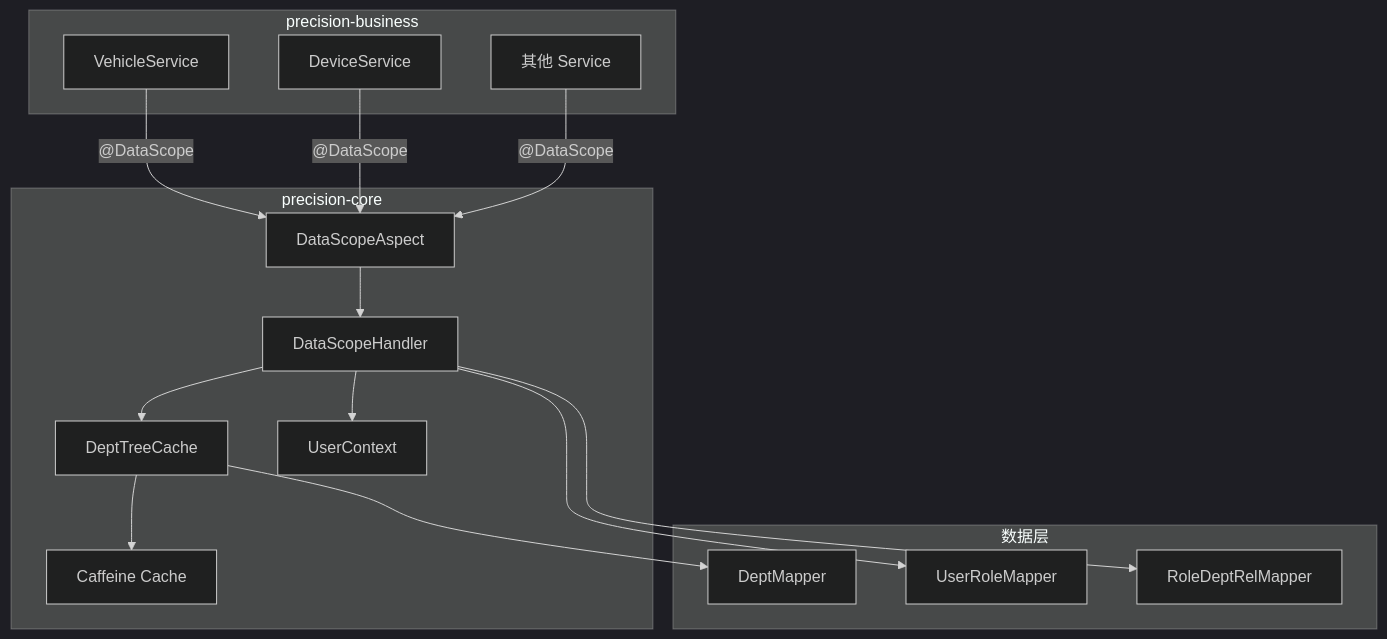
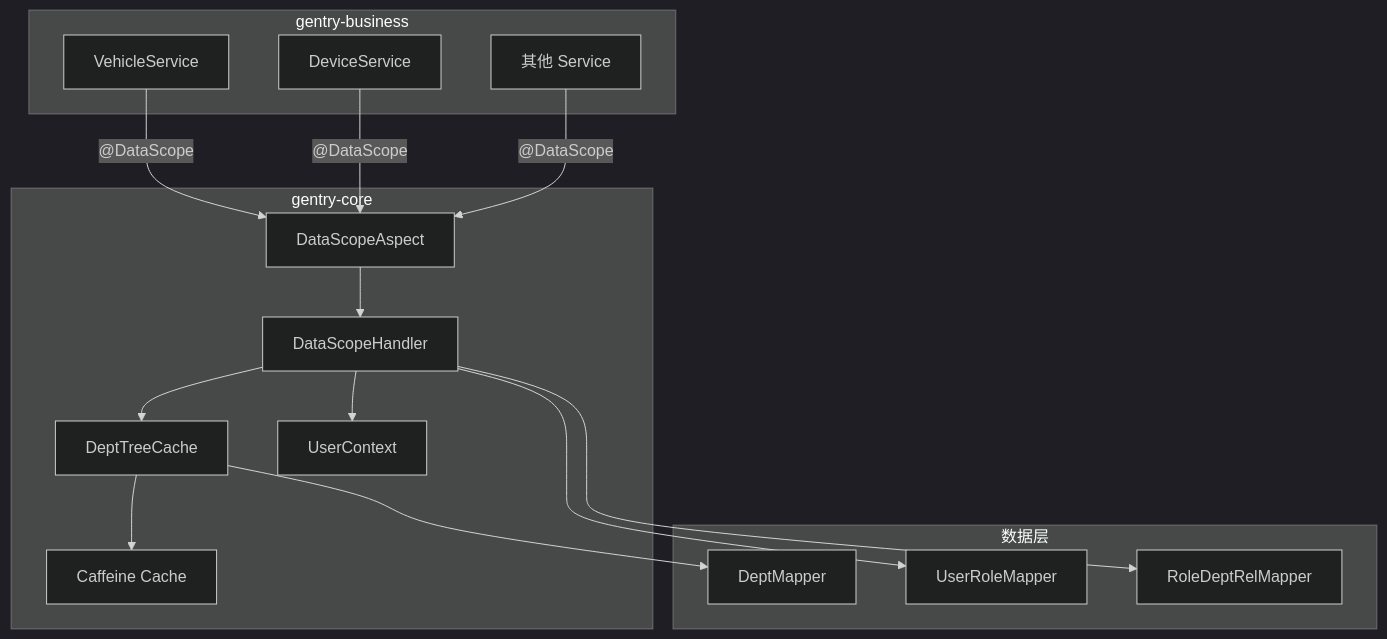
The fourth of 4 diagrams in doc/design/modules/core/P1-数据权限拦截器-详细设计.md (andychen93/gentry-rbac-scaffold), drawn with Mermaid (dark theme) before and after one commit. The commit also changed other lines of this file and 613 other files, not shown here.

First line of the commit message:
refactor!: 项目整体更名 precision → gentry

````diff
--- a/doc/design/modules/core/P1-数据权限拦截器-详细设计.md
+++ b/doc/design/modules/core/P1-数据权限拦截器-详细设计.md
@@ -596,28 +596,28 @@
 ```mermaid
 flowchart TB
-    subgraph precision-core
+    subgraph gentry-core
         A[DataScopeAspect] --> B[DataScopeHandler]
         B --> C[DeptTreeCache]
         B --> D[UserContext]
         C --> E[Caffeine Cache]
     end
 
-    subgraph precision-business
+    subgraph gentry-business
         F[VehicleService]
         G[DeviceService]
         H[其他 Service]
     end
 
     subgraph 数据层
         I[DeptMapper]
         J[UserRoleMapper]
         K[RoleDeptRelMapper]
     end
 
     F -->|"@DataScope"| A
     G -->|"@DataScope"| A
     H -->|"@DataScope"| A
     B --> J
     B --> K
     C --> I
 ```
````
